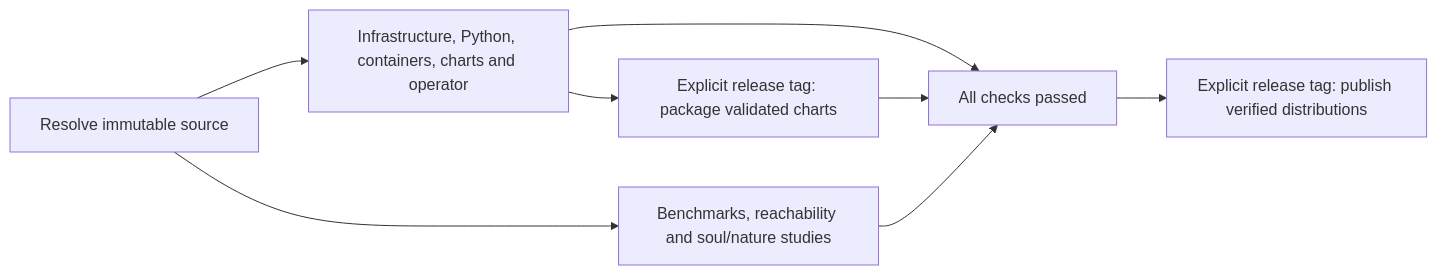
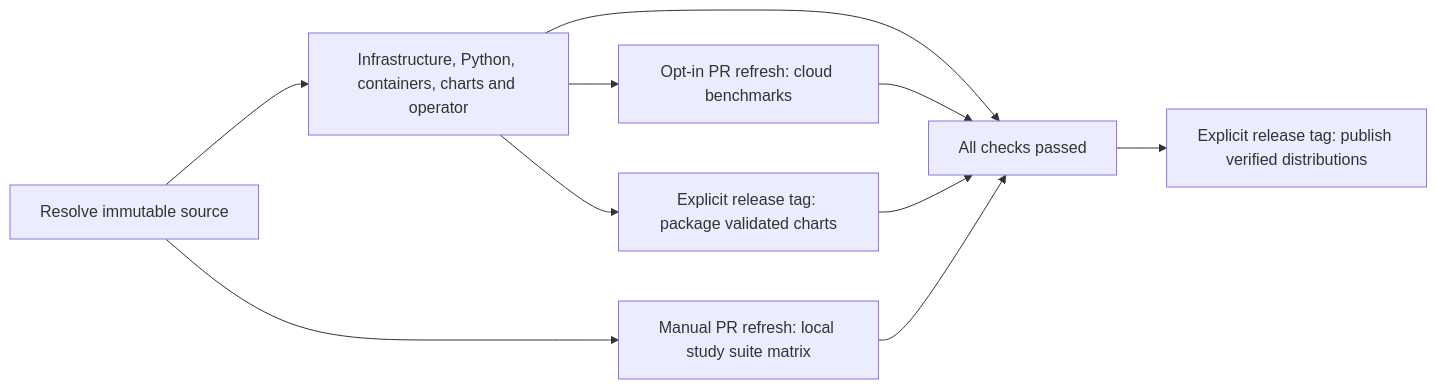
The diagram in docs/development/toolchain.md (astrivant/polyad), drawn with Mermaid before and after one commit. The commit also changed other lines of this file and 10 other files, not shown here.

Commit message:
Clean up CI graph

````diff
--- a/docs/development/toolchain.md
+++ b/docs/development/toolchain.md
@@ -255,10 +268,12 @@
 ```mermaid
 flowchart LR
     source["Resolve immutable source"] --> checks["Infrastructure, Python, containers, charts and operator"]
-    source --> studies["Benchmarks, reachability and soul/nature studies"]
+    source --> studies["Manual PR refresh: local study suite matrix"]
     checks --> verified["All checks passed"]
     studies --> verified
+    checks --> cloud["Opt-in PR refresh: cloud benchmarks"]
+    cloud --> verified
     checks --> charts["Explicit release tag: package validated charts"]
     charts --> verified
     verified --> publish["Explicit release tag: publish verified distributions"]
 ```
````
